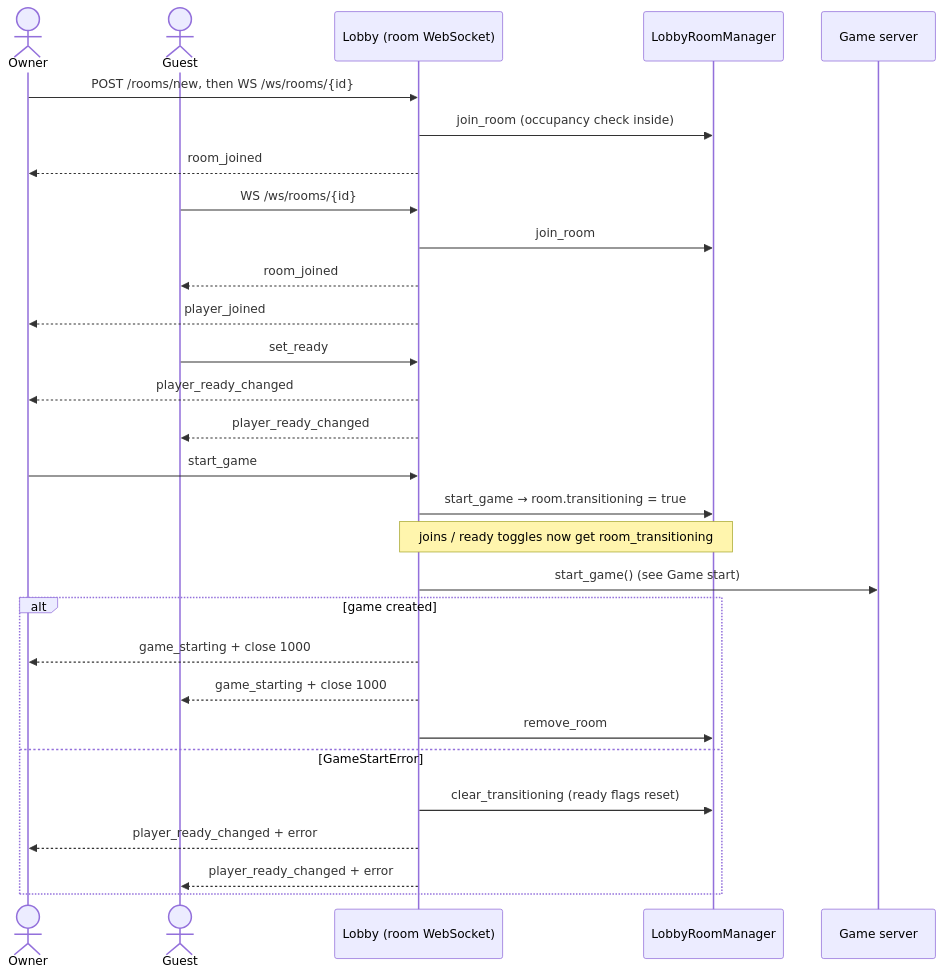
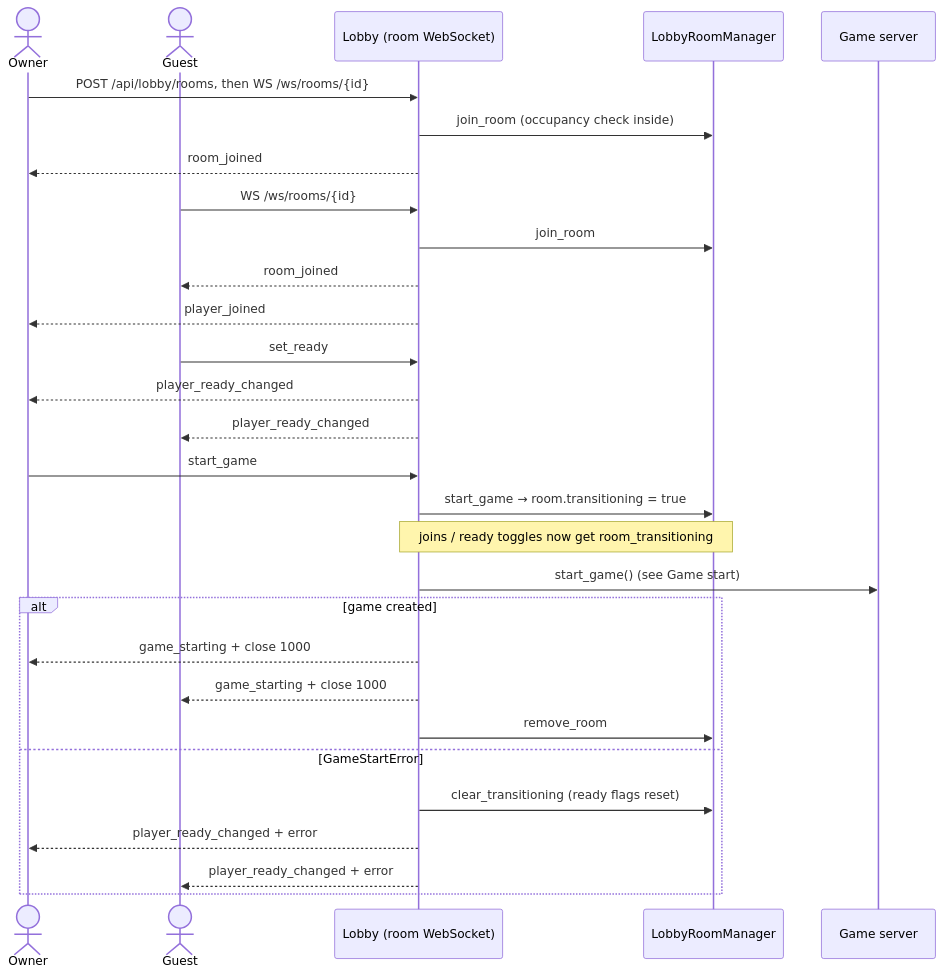
One commit to MahjongRepository/ronin changed the fourth of 8 diagrams in docs/architecture.md. Above: the diagram before and after it, drawn with Mermaid. The commit also changed other lines of this file and 57 other files, not shown here.

````diff
--- a/docs/architecture.md
+++ b/docs/architecture.md
@@ -193,32 +203,32 @@
 ```mermaid
 sequenceDiagram
     actor Owner
     actor Guest
     participant L as Lobby (room WebSocket)
     participant RM as LobbyRoomManager
     participant GS as Game server
 
-    Owner->>L: POST /rooms/new, then WS /ws/rooms/{id}
+    Owner->>L: POST /api/lobby/rooms, then WS /ws/rooms/{id}
     L->>RM: join_room (occupancy check inside)
     L-->>Owner: room_joined
     Guest->>L: WS /ws/rooms/{id}
     L->>RM: join_room
     L-->>Guest: room_joined
     L-->>Owner: player_joined
     Guest->>L: set_ready
     L-->>Owner: player_ready_changed
     L-->>Guest: player_ready_changed
     Owner->>L: start_game
     L->>RM: start_game → room.transitioning = true
     Note over L,RM: joins / ready toggles now get room_transitioning
     L->>GS: start_game() (see Game start)
     alt game created
         L-->>Owner: game_starting + close 1000
         L-->>Guest: game_starting + close 1000
         L->>RM: remove_room
     else GameStartError
         L->>RM: clear_transitioning (ready flags reset)
         L-->>Owner: player_ready_changed + error
         L-->>Guest: player_ready_changed + error
     end
 ```
````
